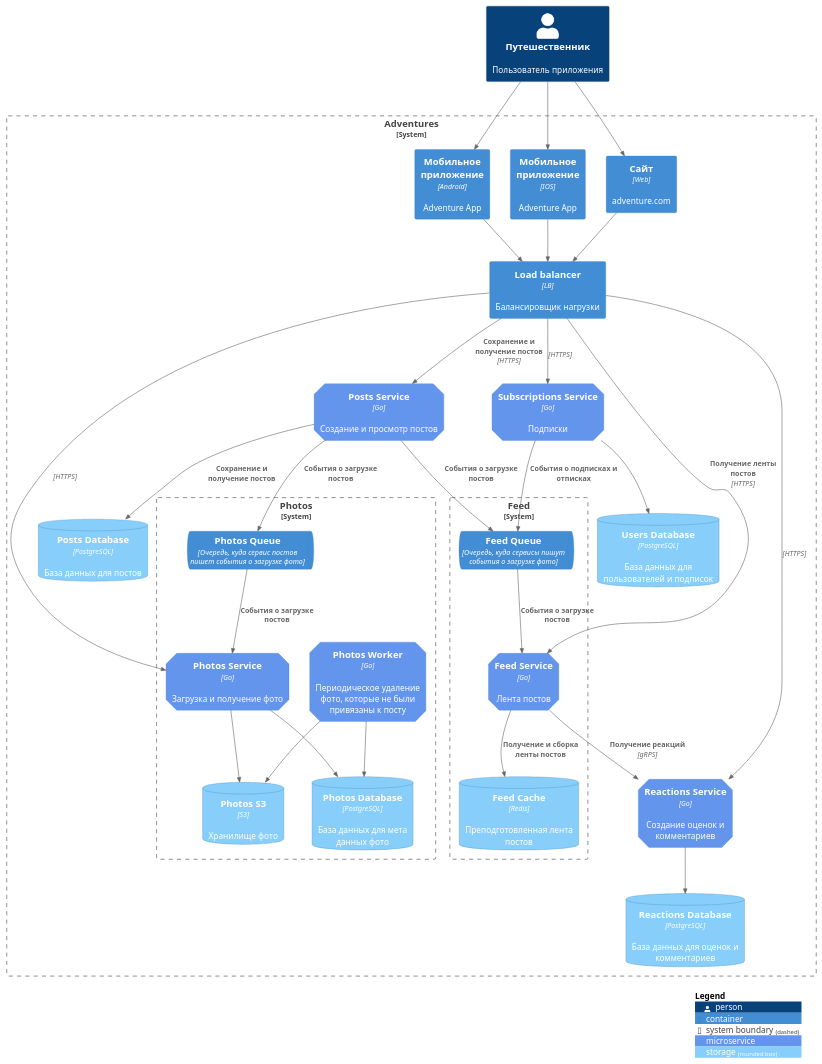
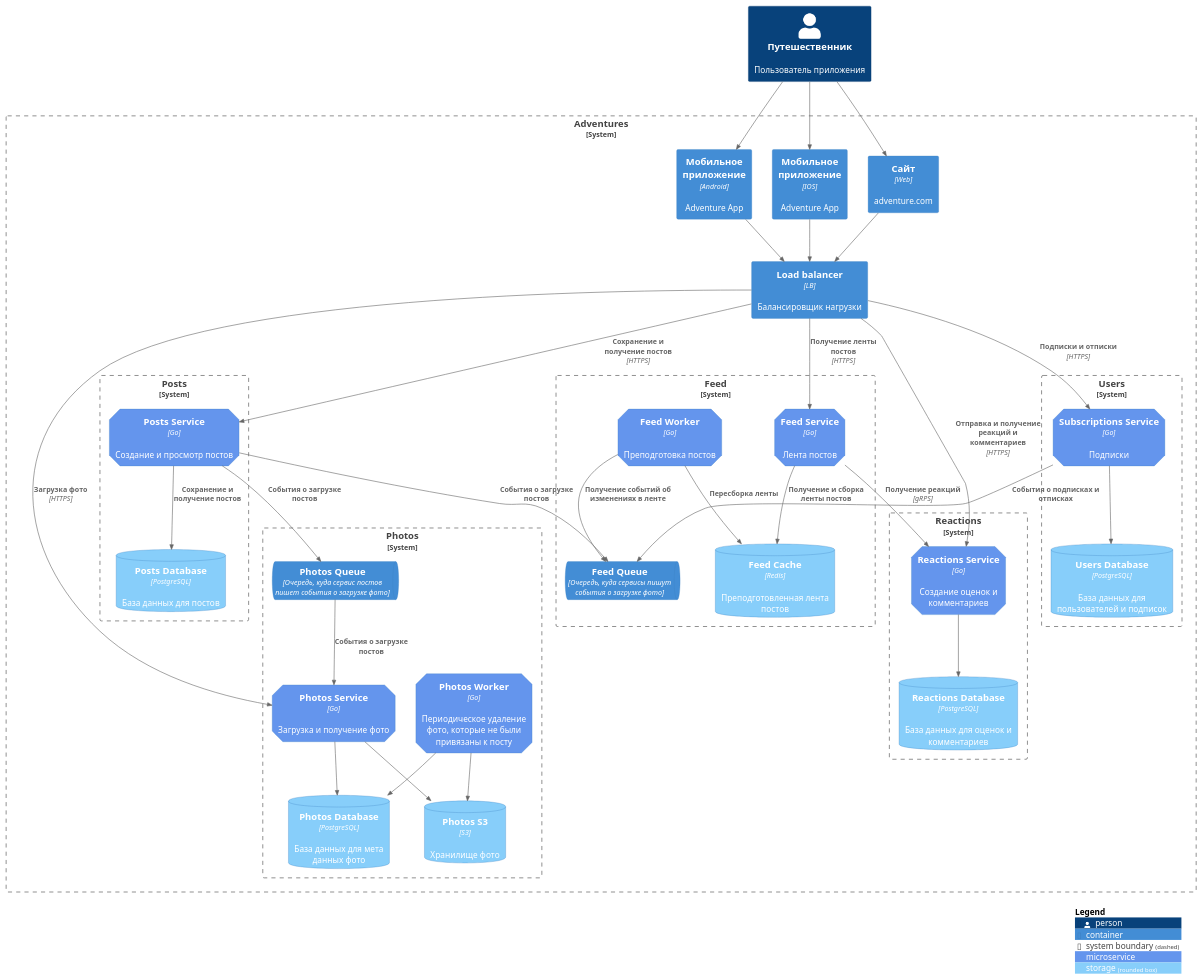
Before and after one commit to elizavetamikhailova/social_network_system_design: the diagram in architecture/containers.md, drawn with PlantUML.

```diff
--- a/architecture/containers.md
+++ b/architecture/containers.md
@@ -7,16 +7,19 @@
 Person(user, "Путешественник", "Пользователь приложения")
 
 System_Boundary(a, "Adventures") {
-   Container(appAndroid, "Мобильное приложение", "Android", "Adventure App")
-   Container(appIOS, "Мобильное приложение", "IOS", "Adventure App")
+   Container(app_android, "Мобильное приложение", "Android", "Adventure App")
+   Container(app_ios, "Мобильное приложение", "IOS", "Adventure App")
    Container(web, "Сайт", "Web", "adventure.com")
-   Container(loadBalancer, "Load balancer", "LB", "Балансировщик нагрузки")
+   Container(load_balancer, "Load balancer", "LB", "Балансировщик нагрузки")
 
+System_Boundary(ps, "Posts") {
    Container(posts, "Posts Service", "Go", "Создание и просмотр постов", $tags = "microService")      
    ContainerDb(posts_db, "Posts Database", "PostgreSQL", "База данных для постов", $tags = "storage")
+}
 
 System_Boundary(f, "Feed") {
-   Container(feed, "Feed Service", "Go", "Лента постов", $tags = "microService")      
+   Container(feed, "Feed Service", "Go", "Лента постов", $tags = "microService")
+   Container(feed_worker, "Feed Worker", "Go", "Преподготовка постов", $tags = "microService")       
    ContainerDb(feed_cache, "Feed Cache", "Redis", "Преподготовленная лента постов", $tags = "storage")
    ContainerQueue(feed_queue, "Feed Queue", "Очередь, куда сервисы пишут события о загрузке фото") 
 }          
@@ -29,28 +32,32 @@
    ContainerQueue(photos_queue, "Photos Queue", "Очередь, куда сервис постов пишет события о загрузке фото") 
 }     
    
+System_Boundary(r, "Reactions") {
    Container(reactions, "Reactions Service", "Go", "Создание оценок и комментариев", $tags = "microService")      
    ContainerDb(reactions_db, "Reactions Database", "PostgreSQL", "База данных для оценок и комментариев", $tags = "storage") 
-   
+}
+
+System_Boundary(u, "Users") {   
    Container(subscriptions, "Subscriptions Service", "Go", "Подписки", $tags = "microService")      
    ContainerDb(users_db, "Users Database", "PostgreSQL", "База данных для пользователей и подписок", $tags = "storage")
 }
+}
 
-Rel(user, appAndroid, "", "")
-Rel(user, appIOS, "", "")
+Rel(user, app_android, "", "")
+Rel(user, app_ios, "", "")
 Rel(user, web, "", "")
 
-Rel(appAndroid, loadBalancer, "", "")
-Rel(appIOS, loadBalancer, "", "")
-Rel(web, loadBalancer, "", "")
+Rel(app_android, load_balancer, "", "")
+Rel(app_ios, load_balancer, "", "")
+Rel(web, load_balancer, "", "")
 
-Rel(loadBalancer, posts, "Сохранение и получение постов", "HTTPS")
+Rel(load_balancer, posts, "Сохранение и получение постов", "HTTPS")
 Rel(posts, posts_db, "Сохранение и получение постов", "")
 
-Rel(loadBalancer, feed, "Получение ленты постов", "HTTPS")
+Rel(load_balancer, feed, "Получение ленты постов", "HTTPS")
 Rel(feed, feed_cache, "Получение и сборка ленты постов", "")
 
-Rel(loadBalancer, photos, "", "HTTPS")
+Rel(load_balancer, photos, "Загрузка фото", "HTTPS")
 Rel(photos, photos_db, "", "")
 Rel(photos, photos_storage, "", "")
 Rel(photos_worker, photos_db, "", "")
@@ -59,15 +66,16 @@
 Rel(posts, photos_queue, "События о загрузке постов", "")
 
 Rel(posts, feed_queue, "События о загрузке постов", "")
-Rel(feed_queue, feed, "События о загрузке постов", "")
+Rel(feed_worker, feed_queue, "Получение событий об изменениях в ленте", "")
+Rel(feed_worker, feed_cache, "Пересборка ленты", "")
 Rel(feed, reactions, "Получение реакций", "gRPS")
 Rel(subscriptions, feed_queue, "События о подписках и отписках", "")
 
 
-Rel(loadBalancer, reactions, "", "HTTPS")
+Rel(load_balancer, reactions, "Отправка и получение реакций и комментариев", "HTTPS")
 Rel(reactions, reactions_db, "", "")
 
-Rel(loadBalancer, subscriptions, "", "HTTPS")
+Rel(load_balancer, subscriptions, "Подписки и отписки", "HTTPS")
 Rel(subscriptions, users_db, "", "")
 
 
```
